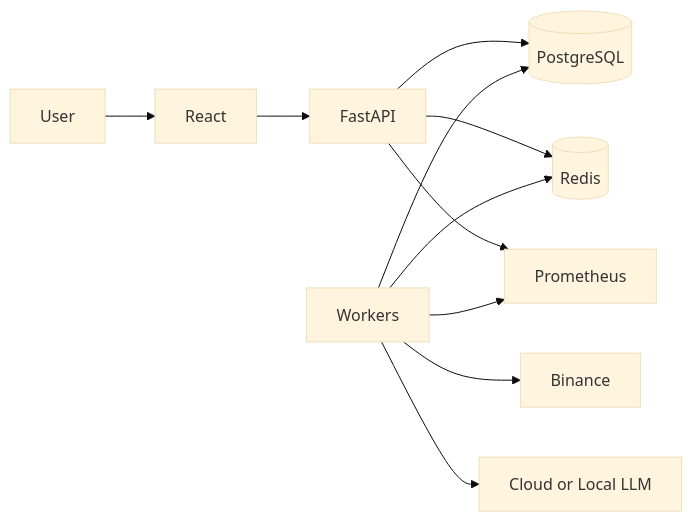
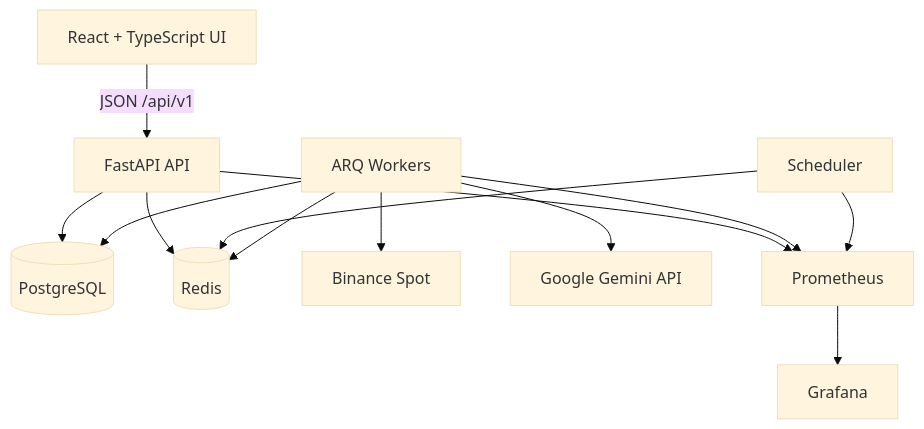
The second of 7 diagrams in docs/ARCHITECTURE.md (pikkst/Ai-trade-bot), drawn with Mermaid (base theme) before and after one commit. The commit also changed other lines of this file, not shown here.

Commit message:
docs: expand system architecture and failure model

````diff
--- a/docs/ARCHITECTURE.md
+++ b/docs/ARCHITECTURE.md
@@ -6,13 +42,26 @@
 ```mermaid
-flowchart LR
-U[User] --> UI[React]
-UI --> API[FastAPI]
-API --> DB[(PostgreSQL)]
-API --> R[(Redis)]
-W[Workers] --> DB
-W --> R
-W --> B[Binance]
-W --> LLM[Cloud or Local LLM]
-API --> P[Prometheus]
-W --> P
+flowchart TB
+    UI[React + TypeScript UI]
+    API[FastAPI API]
+    WORKER[ARQ Workers]
+    SCHED[Scheduler]
+    DB[(PostgreSQL)]
+    REDIS[(Redis)]
+    BINANCE[Binance Spot]
+    GEMINI[Google Gemini API]
+    PROM[Prometheus]
+    GRAFANA[Grafana]
+
+    UI -->|JSON /api/v1| API
+    API --> DB
+    API --> REDIS
+    SCHED --> REDIS
+    WORKER --> REDIS
+    WORKER --> DB
+    WORKER --> BINANCE
+    WORKER --> GEMINI
+    API --> PROM
+    WORKER --> PROM
+    SCHED --> PROM
+    PROM --> GRAFANA
 ```
````
